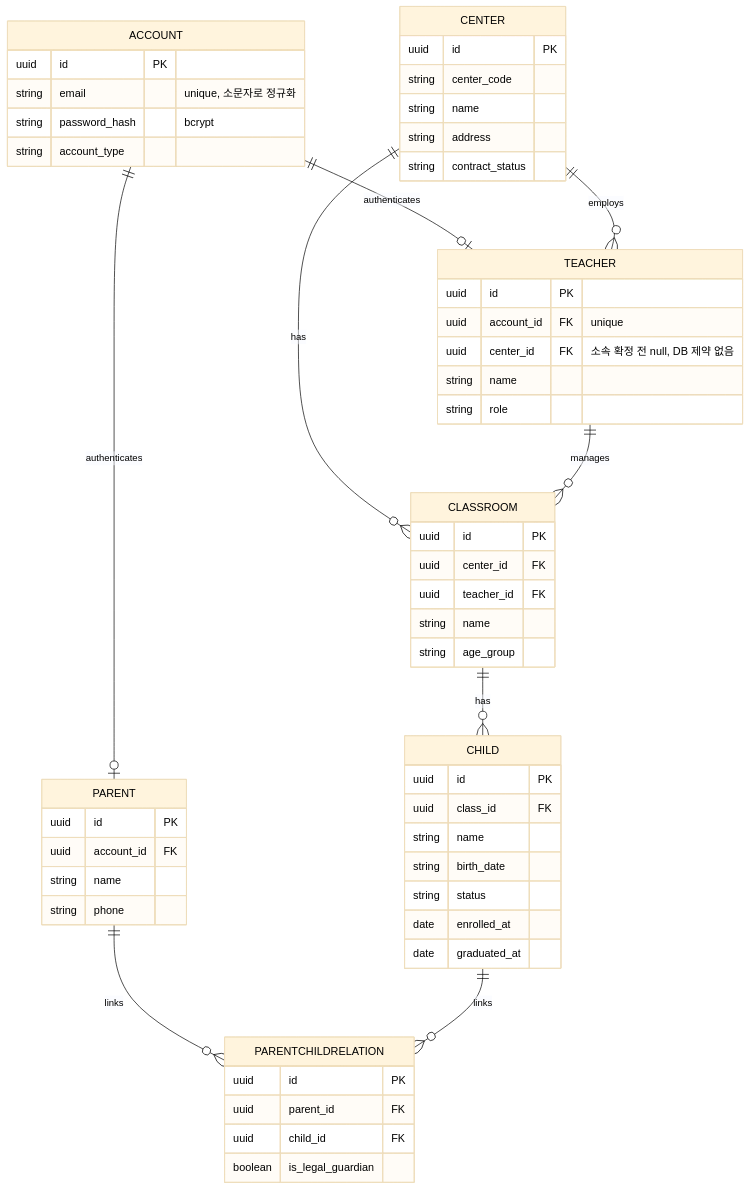
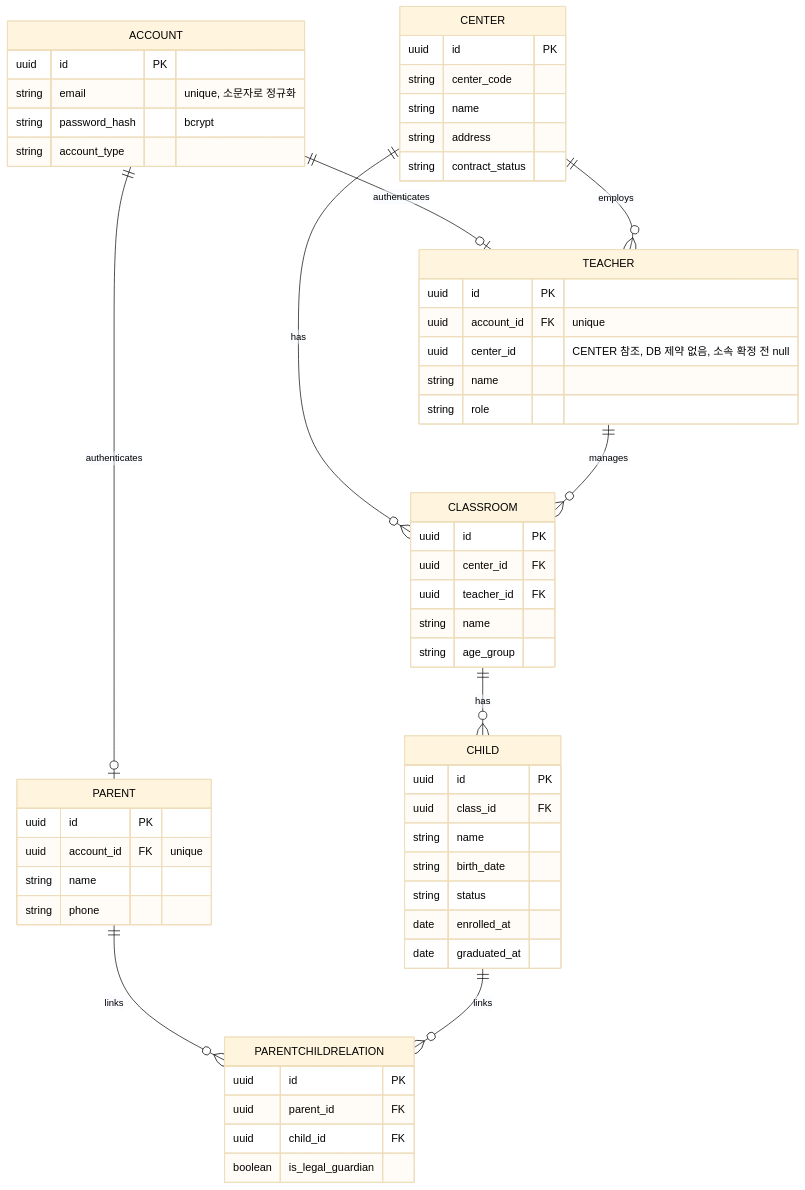
One commit to kakaotechcampus-4/ktc4-chungnam-4 changed the first of 8 diagrams in docs/테크스펙.md. Above: the diagram before and after it, drawn with Mermaid. The commit also changed 1 other file, not shown here.

Commit message:
docs: clarify demo seed command and auth ERD
docker compose exec는 호스트 환경변수를 넘기지 않아 문서대로 하면 늘 입력
프롬프트로 가고, --center-id는 형식만 검사해 없는 ID도 통과하기 때문입니다.
ERD는 PARENT.account_id의 unique와 TEACHER.center_id의 "FK 표시인데 제약 없음"을
실제 테이블과 맞췄습니다 (#152 리뷰 [nit]).

````diff
--- a/docs/테크스펙.md
+++ b/docs/테크스펙.md
@@ -413,60 +413,60 @@
 ```mermaid
 %%{init: {'theme':'base', 'themeVariables': {'primaryTextColor':'#000000','textColor':'#000000','lineColor':'#000000'}}}%%
 erDiagram
   ACCOUNT {
     uuid id PK
     string email "unique, 소문자로 정규화"
     string password_hash "bcrypt"
     string account_type
   }
   CENTER {
     uuid id PK
     string center_code
     string name
     string address
     string contract_status
   }
   CLASSROOM {
     uuid id PK
     uuid center_id FK
     uuid teacher_id FK
     string name
     string age_group
   }
   TEACHER {
     uuid id PK
     uuid account_id FK "unique"
-    uuid center_id FK "소속 확정 전 null, DB 제약 없음"
+    uuid center_id "CENTER 참조, DB 제약 없음, 소속 확정 전 null"
     string name
     string role
   }
     CHILD {
     uuid id PK
     uuid class_id FK
     string name
     string birth_date
     string status
     date enrolled_at
     date graduated_at
   }
   PARENT {
     uuid id PK
-    uuid account_id FK
+    uuid account_id FK "unique"
     string name
     string phone
   }
   PARENTCHILDRELATION {
     uuid id PK
     uuid parent_id FK
     uuid child_id FK
     boolean is_legal_guardian
   }
   ACCOUNT ||--o| TEACHER : authenticates
   ACCOUNT ||--o| PARENT : authenticates
   CENTER ||--o{ CLASSROOM : has
   CENTER ||--o{ TEACHER : employs
   TEACHER ||--o{ CLASSROOM : manages
   CLASSROOM ||--o{ CHILD : has
   PARENT ||--o{ PARENTCHILDRELATION : links
   CHILD ||--o{ PARENTCHILDRELATION : links
 ```
````
